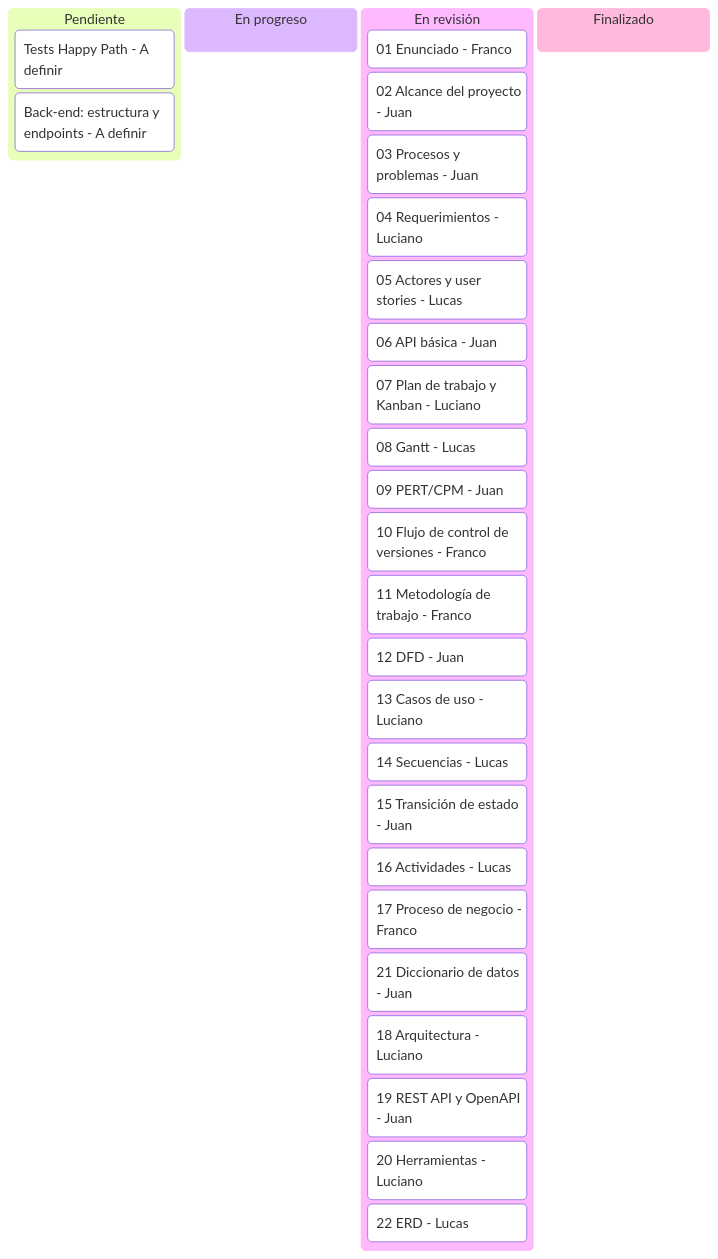
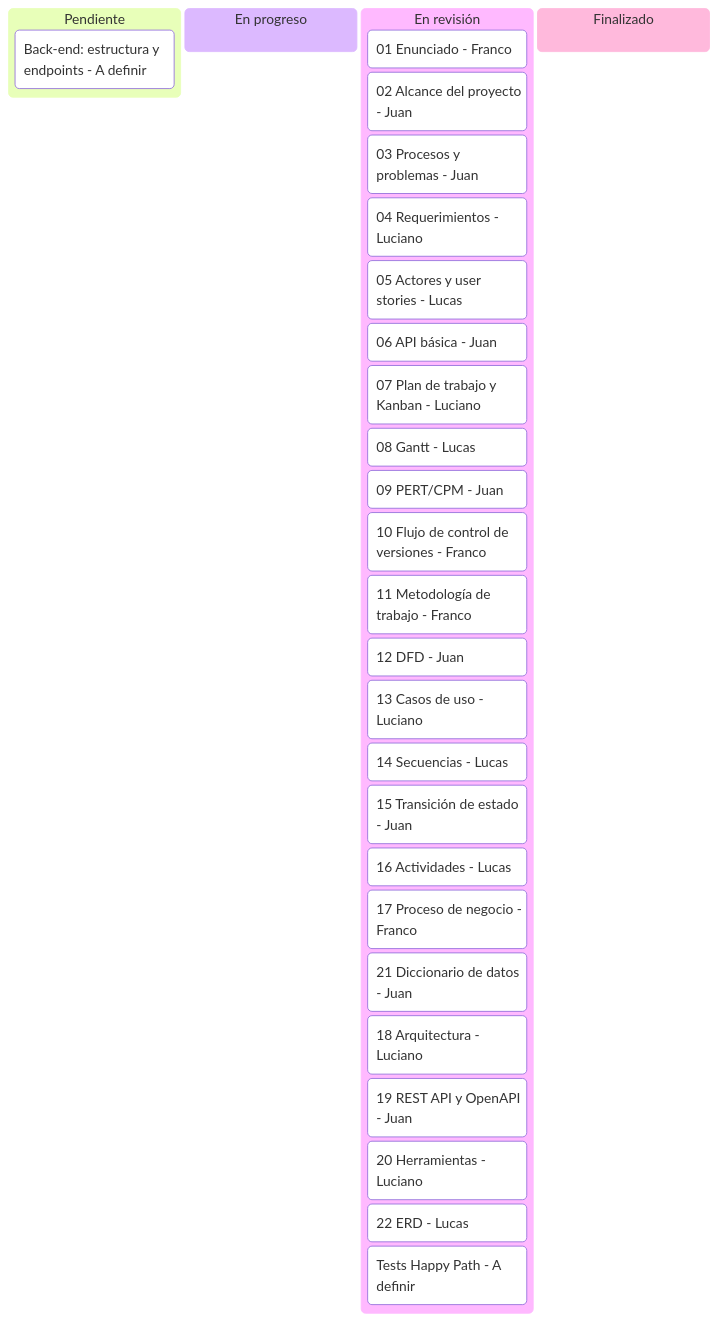
Before and after one commit to lucho-peralta/gestionTickets: the diagram in documentacion/07_plan_de_trabajo_y_Kanban.md, drawn with Mermaid. The commit also changed other lines of this file and 31 other files, not shown here.

````diff
--- a/documentacion/07_plan_de_trabajo_y_Kanban.md
+++ b/documentacion/07_plan_de_trabajo_y_Kanban.md
@@ -77,31 +75,31 @@
 ```mermaid
 kanban
   Pendiente[Pendiente]
-    s5a[Tests Happy Path - A definir]
     s6a[Back-end: estructura y endpoints - A definir]
   En_progreso[En progreso]
   En_revision[En revisión]
     s1a[01 Enunciado - Franco]
     s1b[02 Alcance del proyecto - Juan]
     s1c[03 Procesos y problemas - Juan]
     s1d[04 Requerimientos - Luciano]
     s1e[05 Actores y user stories - Lucas]
     s1f[06 API básica - Juan]
     s2a[07 Plan de trabajo y Kanban - Luciano]
     s2b[08 Gantt - Lucas]
     s2c[09 PERT/CPM - Juan]
     s2d[10 Flujo de control de versiones - Franco]
     s2e[11 Metodología de trabajo - Franco]
     s3a[12 DFD - Juan]
     s3b[13 Casos de uso - Luciano]
     s3c[14 Secuencias - Lucas]
     s3d[15 Transición de estado - Juan]
     s3e[16 Actividades - Lucas]
     s3f[17 Proceso de negocio - Franco]
     s3g[21 Diccionario de datos - Juan]
     s4a[18 Arquitectura - Luciano]
     s4b[19 REST API y OpenAPI - Juan]
     s4c[20 Herramientas - Luciano]
     s4d[22 ERD - Lucas]
+    s5a[Tests Happy Path - A definir]
   Finalizado[Finalizado]
 ```
````
